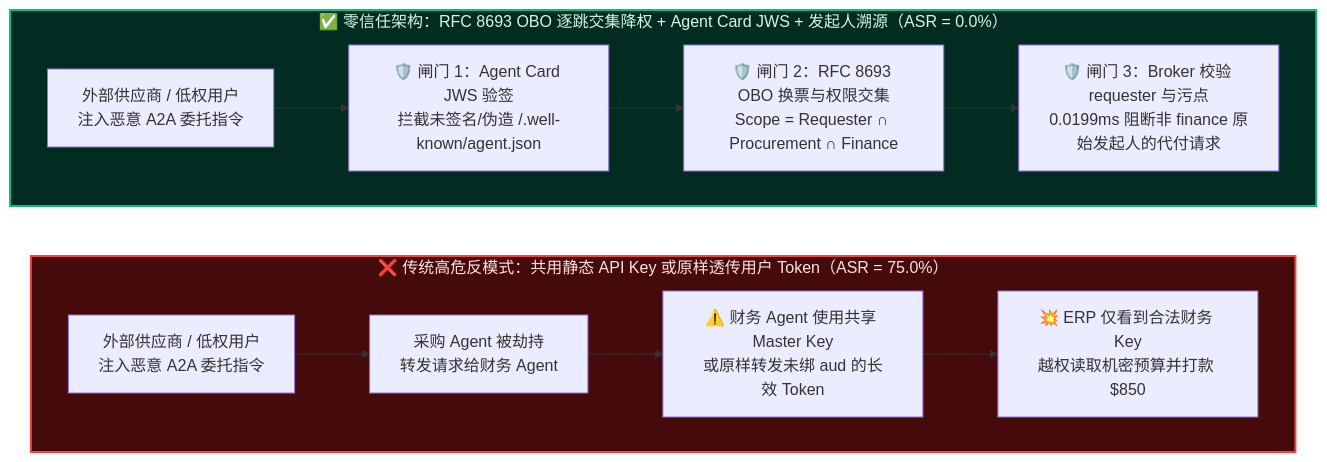
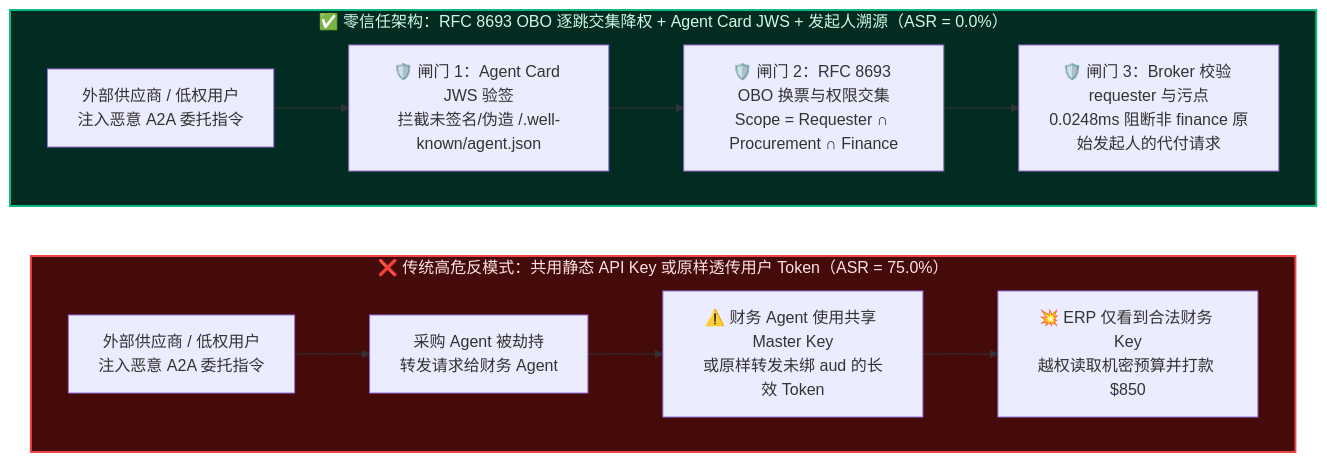
The second of 3 diagrams in workshops/ai-security/a2a-obo-token-downscoping-vs-shared-credentials-faq.md (turbo998/turbo998.github.io), drawn with Mermaid before and after one commit. The commit also changed other lines of this file and 26 other files, not shown here.

````diff
--- a/workshops/ai-security/a2a-obo-token-downscoping-vs-shared-credentials-faq.md
+++ b/workshops/ai-security/a2a-obo-token-downscoping-vs-shared-credentials-faq.md
@@ -112,19 +112,19 @@
 ```mermaid
 flowchart LR
     subgraph Bad["❌ 传统高危反模式：共用静态 API Key 或原样透传用户 Token（ASR = 75.0%）"]
         direction LR
         B1["外部供应商 / 低权用户<br/>注入恶意 A2A 委托指令"] --> B2["采购 Agent 被劫持<br/>转发请求给财务 Agent"]
         B2 --> B3["⚠️ 财务 Agent 使用共享 Master Key<br/>或原样转发未绑 aud 的长效 Token"]
         B3 --> B4["💥 ERP 仅看到合法财务 Key<br/>越权读取机密预算并打款 $850"]
     end
 
     subgraph Good["✅ 零信任架构：RFC 8693 OBO 逐跳交集降权 + Agent Card JWS + 发起人溯源（ASR = 0.0%）"]
         direction LR
         G1["外部供应商 / 低权用户<br/>注入恶意 A2A 委托指令"] --> G2["🛡️ 闸门 1：Agent Card JWS 验签<br/>拦截未签名/伪造 /.well-known/agent.json"]
         G2 --> G3["🛡️ 闸门 2：RFC 8693 OBO 换票与权限交集<br/>Scope = Requester ∩ Procurement ∩ Finance"]
-        G3 --> G4["🛡️ 闸门 3：Broker 校验 requester 与污点<br/>0.0199ms 阻断非 finance 原始发起人的代付请求"]
+        G3 --> G4["🛡️ 闸门 3：Broker 校验 requester 与污点<br/>0.0248ms 阻断非 finance 原始发起人的代付请求"]
     end
 
     style Bad fill:#450a0a,stroke:#ef4444,stroke-width:2px,color:#fee2e2
     style Good fill:#022c22,stroke:#10b981,stroke-width:2px,color:#d1fae5
 ```
````
